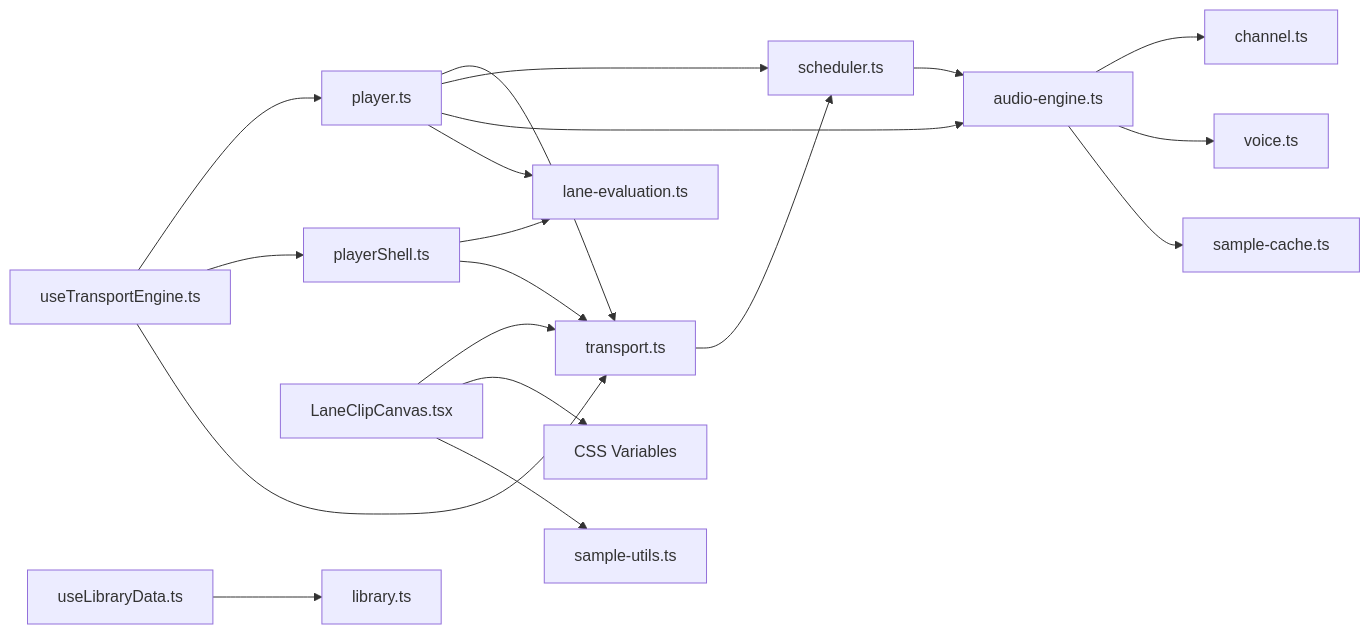
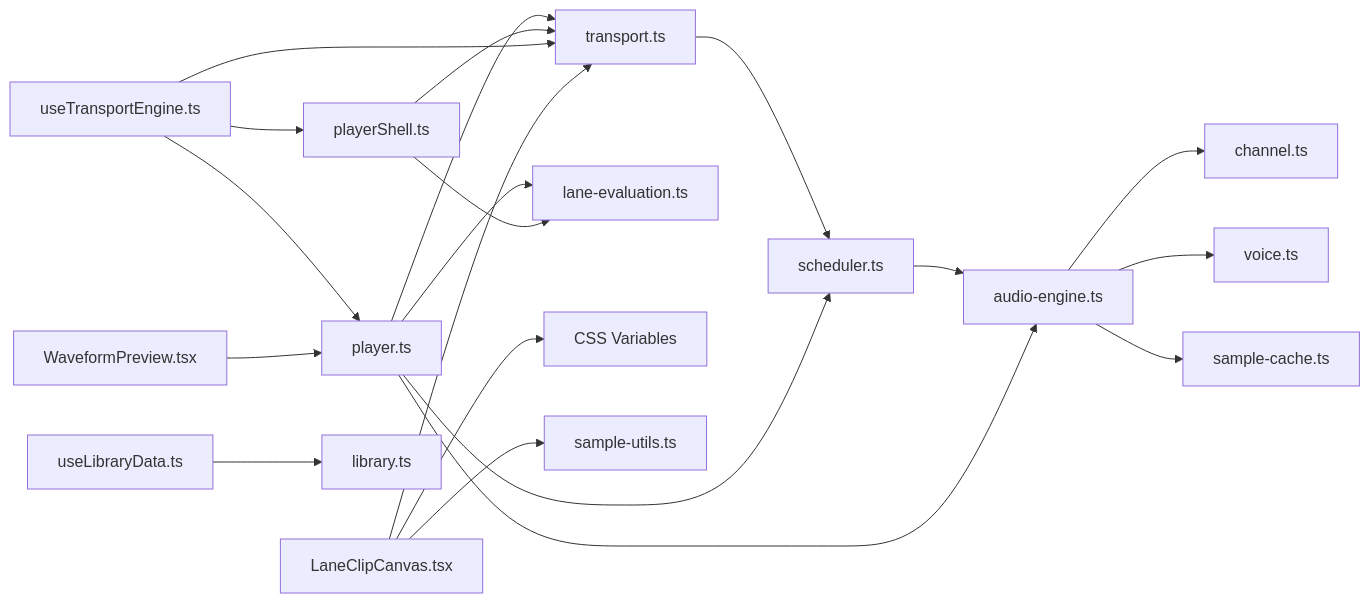
The tenth of 13 diagrams in .qoder/repowiki/en/content/Audio Engine/Audio Engine.md (satyrlord/mixjam-electron), drawn with Mermaid before and after one commit. The commit also changed other lines of this file and 37 other files, not shown here.

First line of the commit message:
feat(footer): add waveform preview for selected samples

````diff
--- a/.qoder/repowiki/en/content/Audio Engine/Audio Engine.md
+++ b/.qoder/repowiki/en/content/Audio Engine/Audio Engine.md
@@ -591,21 +721,22 @@
 ```mermaid
 graph LR
 Transport["transport.ts"] --> Scheduler["scheduler.ts"]
 Scheduler --> AudioEngine["audio-engine.ts"]
 AudioEngine --> Channel["channel.ts"]
 AudioEngine --> Voice["voice.ts"]
 AudioEngine --> SampleCache["sample-cache.ts"]
 Player["player.ts"] --> Transport
 Player --> Scheduler
 Player --> AudioEngine
 Player --> LaneEvaluation["lane-evaluation.ts"]
 PlayerShell["playerShell.ts"] --> LaneEvaluation
 PlayerShell --> Transport
 UI["useTransportEngine.ts"] --> Player
 UI --> PlayerShell
 UI --> Transport
+Waveform["WaveformPreview.tsx"] --> Player
 Timeline["LaneClipCanvas.tsx"] --> Transport
 Timeline --> CSS["CSS Variables"]
 Timeline --> SnapUtils["sample-utils.ts"]
 Library["useLibraryData.ts"] --> Database["library.ts"]
 ```
````
